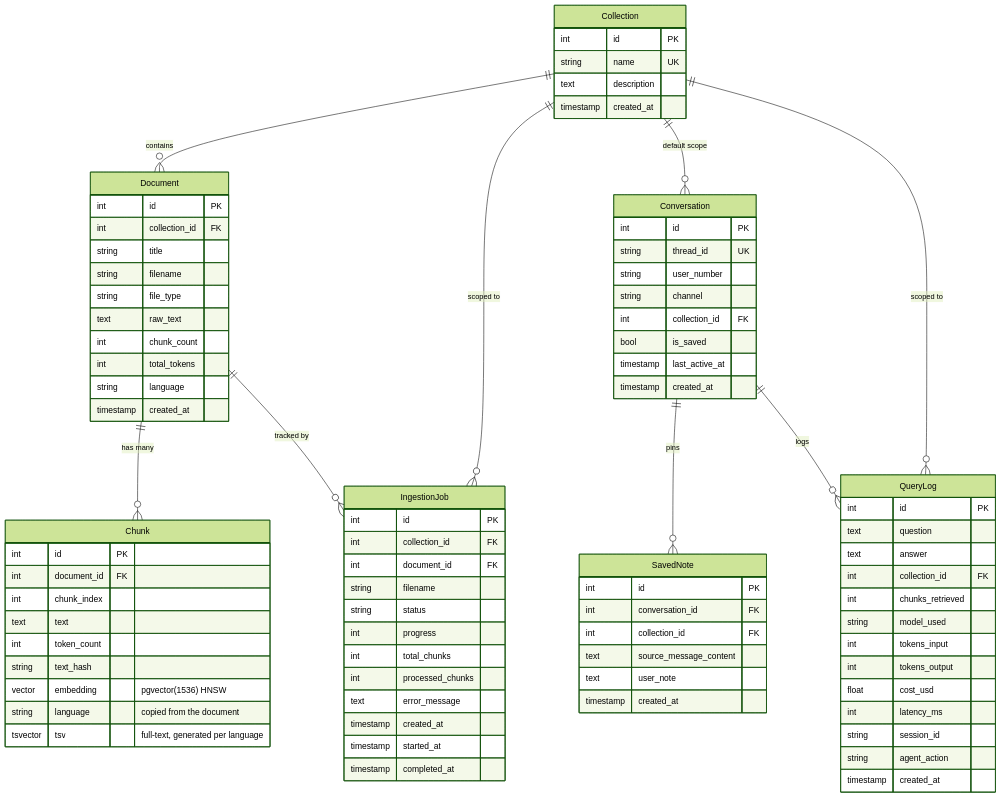
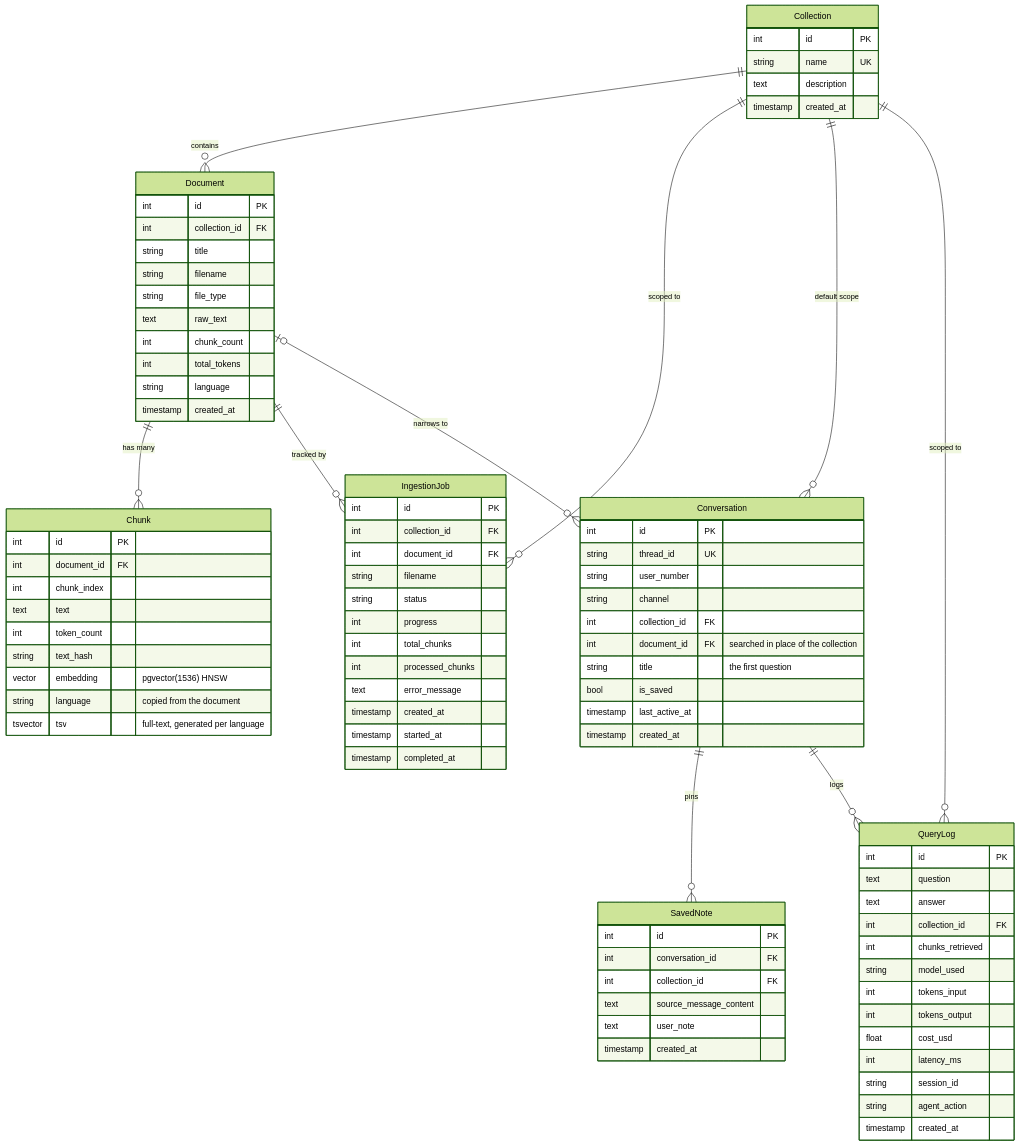
One commit to FrancoCazal/WhisperDocs changed the fourth of 4 diagrams in ARCHITECTURE.md. Above: the diagram before and after it, drawn with Mermaid (forest theme). The commit also changed other lines of this file and 18 other files, not shown here.

```diff
--- a/ARCHITECTURE.md
+++ b/ARCHITECTURE.md
@@ -222,6 +222,7 @@
   Collection ||--o{ IngestionJob : "scoped to"
   Conversation ||--o{ SavedNote : "pins"
   Collection ||--o{ Conversation : "default scope"
+  Document |o--o{ Conversation : "narrows to"
   Conversation ||--o{ QueryLog : logs
   Collection ||--o{ QueryLog : "scoped to"
 
@@ -278,6 +279,8 @@
     string user_number
     string channel
     int collection_id FK
+    int document_id FK "searched in place of the collection"
+    string title "the first question"
     bool is_saved
     timestamp last_active_at
     timestamp created_at
```
